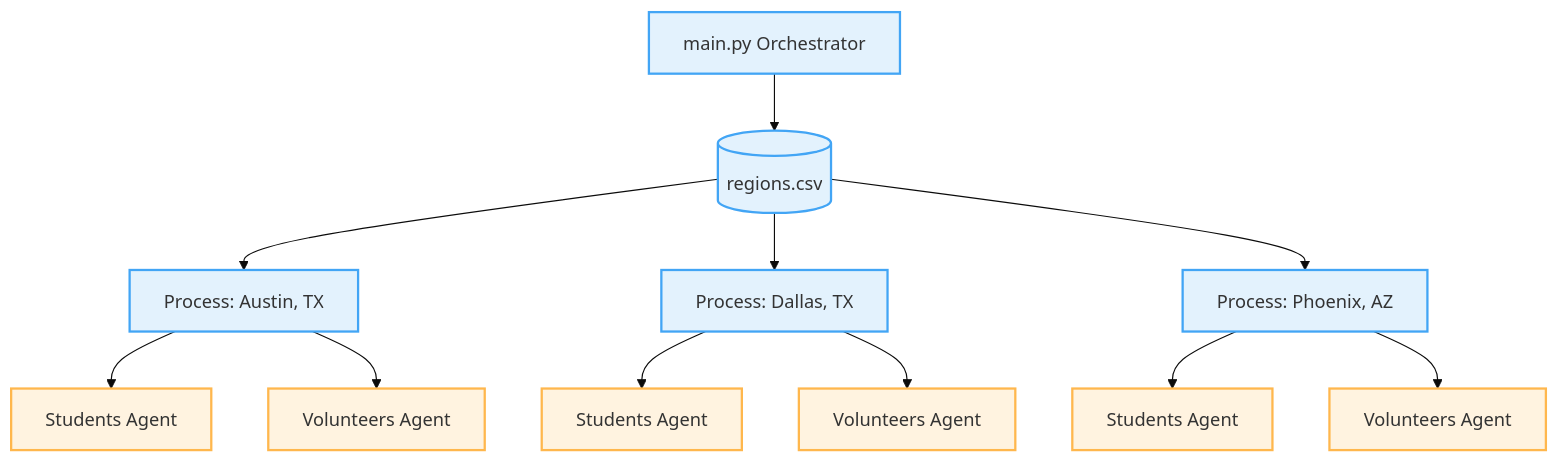
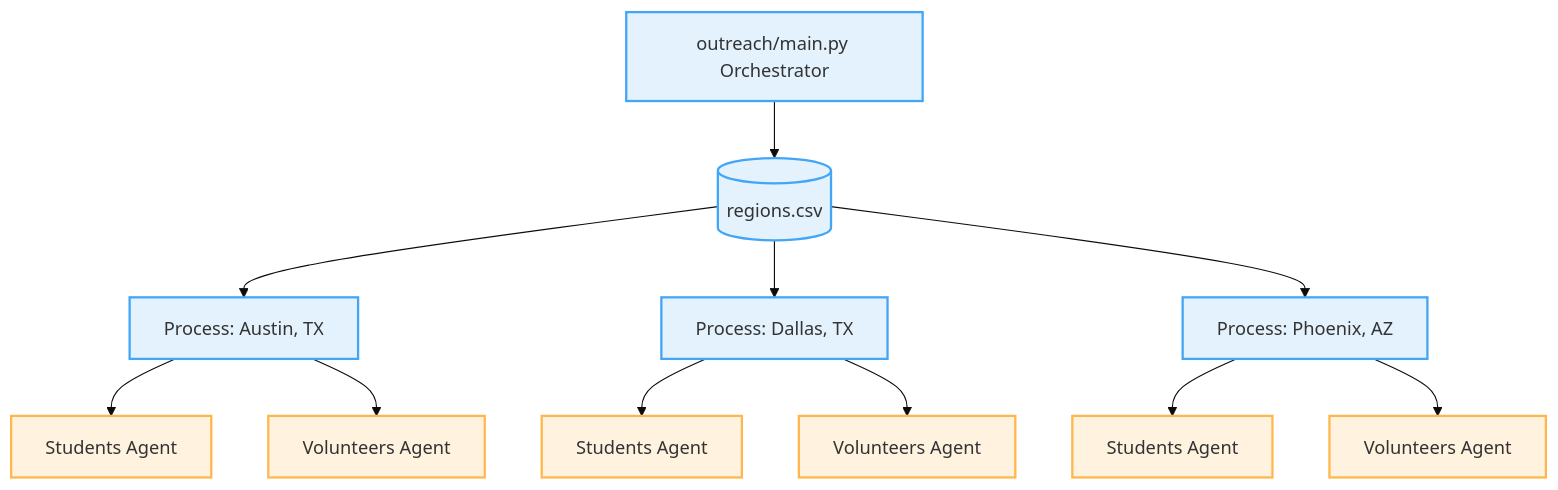
Before and after one commit to srtux/outreach: the second of 2 diagrams in docs/02_architecture.md, drawn with Mermaid (base theme). The commit also changed 25 other files, not shown here.

````diff
--- a/docs/02_architecture.md
+++ b/docs/02_architecture.md
@@ -44,19 +44,19 @@
 ```mermaid
 graph TD
     classDef logic fill:#e3f2fd,stroke:#42a5f5,stroke-width:2px,color:#333
     classDef agent fill:#fff3e0,stroke:#ffb74d,stroke-width:2px,color:#333
 
-    Main[main.py Orchestrator]:::logic --> CSV[(regions.csv)]:::logic
+    Main[outreach/main.py Orchestrator]:::logic --> CSV[(regions.csv)]:::logic
     CSV --> City1["Process: Austin, TX"]:::logic
     CSV --> City2["Process: Dallas, TX"]:::logic
     CSV --> City3["Process: Phoenix, AZ"]:::logic
 
     City1 --> SA1[Students Agent]:::agent
     City1 --> VA1[Volunteers Agent]:::agent
     
     City2 --> SA2[Students Agent]:::agent
     City2 --> VA2[Volunteers Agent]:::agent
 
     City3 --> SA3[Students Agent]:::agent
     City3 --> VA3[Volunteers Agent]:::agent
 ```
````
